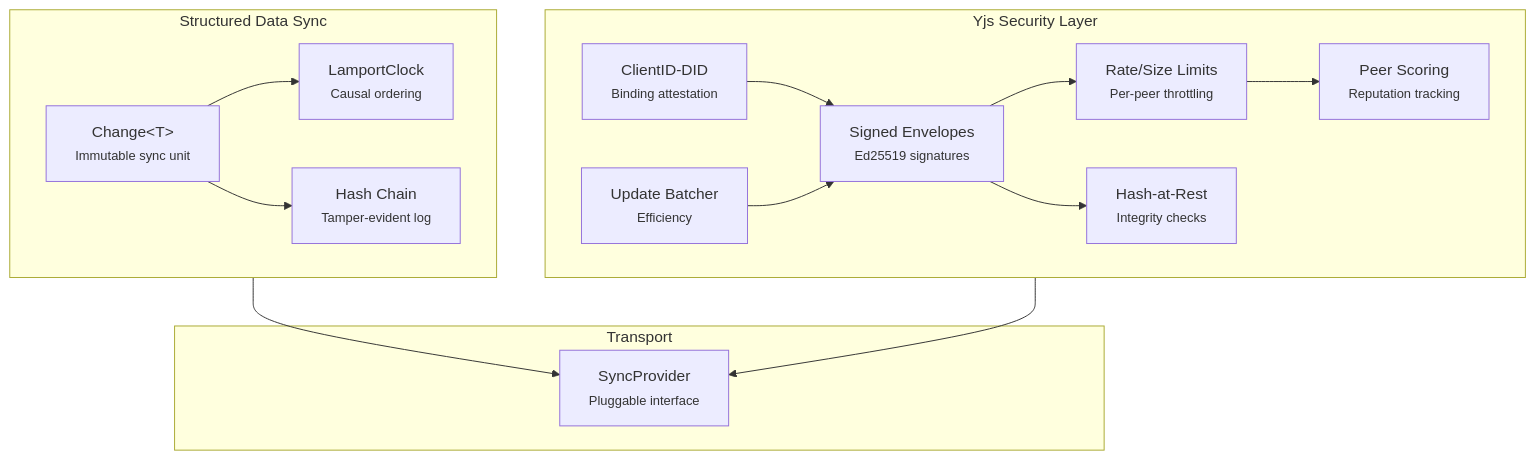
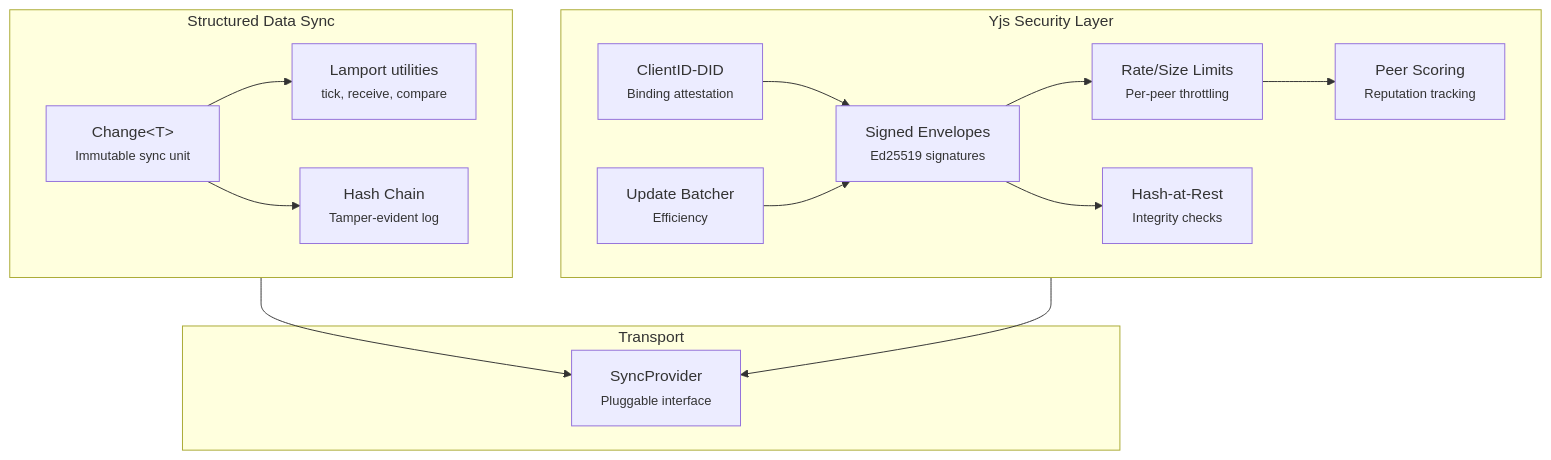
Before and after one commit to crs48/xNet: the diagram in packages/sync/README.md, drawn with Mermaid. The commit also changed other lines of this file and 14 other files, not shown here.

````diff
--- a/packages/sync/README.md
+++ b/packages/sync/README.md
@@ -68,31 +80,31 @@
 ```mermaid
 flowchart TD
     subgraph Structured["Structured Data Sync"]
         Change["Change&lt;T&gt;<br/><small>Immutable sync unit</small>"]
-        Clock["LamportClock<br/><small>Causal ordering</small>"]
+        Clock["Lamport utilities<br/><small>tick, receive, compare</small>"]
         Chain["Hash Chain<br/><small>Tamper-evident log</small>"]
     end
 
     subgraph Yjs["Yjs Security Layer"]
         Envelope["Signed Envelopes<br/><small>Ed25519 signatures</small>"]
         Limits["Rate/Size Limits<br/><small>Per-peer throttling</small>"]
         Integrity["Hash-at-Rest<br/><small>Integrity checks</small>"]
         Scoring["Peer Scoring<br/><small>Reputation tracking</small>"]
         Attestation["ClientID-DID<br/><small>Binding attestation</small>"]
         Batcher["Update Batcher<br/><small>Efficiency</small>"]
     end
 
     subgraph Transport["Transport"]
         Provider["SyncProvider<br/><small>Pluggable interface</small>"]
     end
 
     Change --> Clock
     Change --> Chain
     Envelope --> Limits
     Envelope --> Integrity
     Limits --> Scoring
     Attestation --> Envelope
     Batcher --> Envelope
     Structured --> Provider
     Yjs --> Provider
 ```
````
